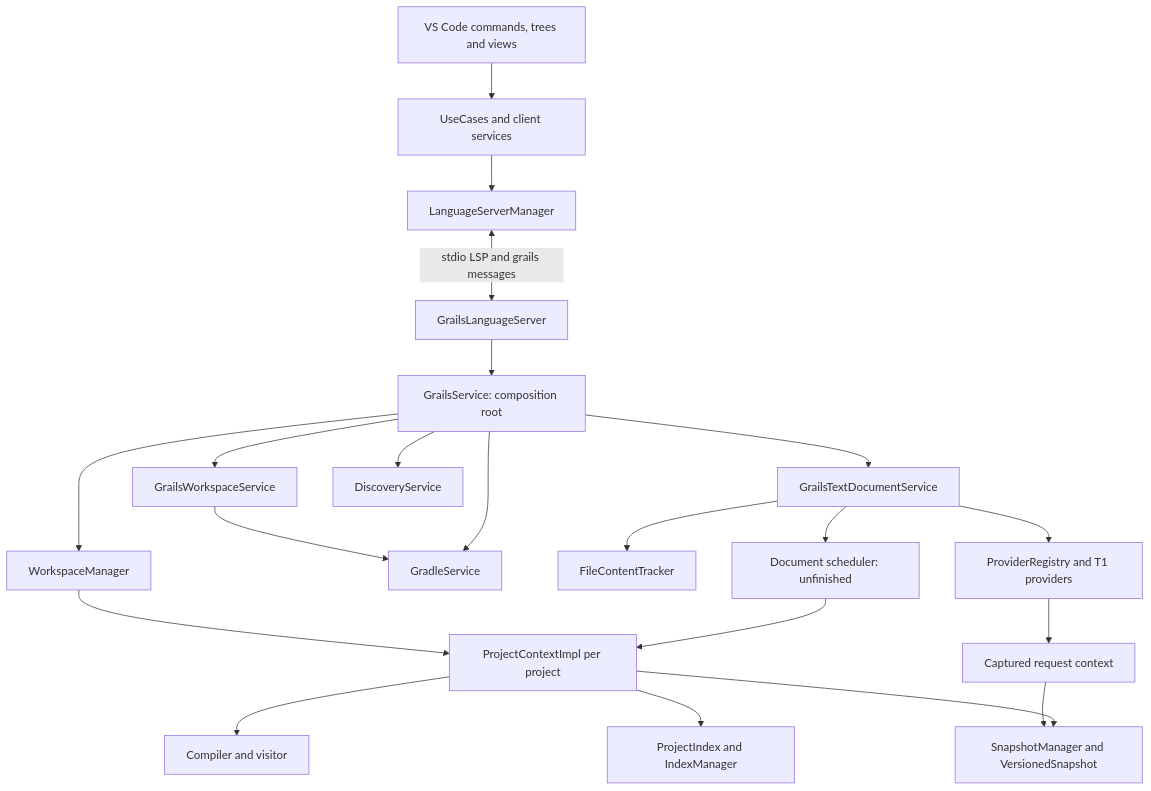
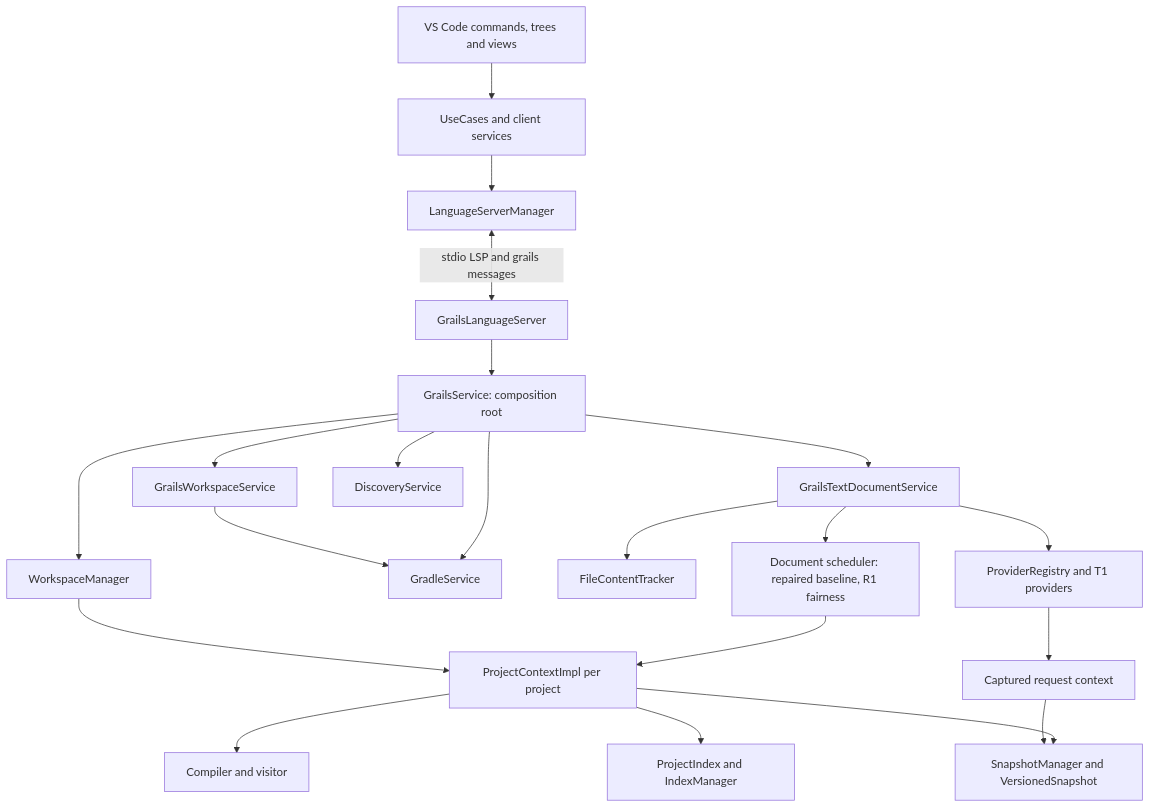
Before and after one commit to KingSK1998/vscode-grails: the diagram in docs/architecture/system-map.md, drawn with Mermaid. The commit also changed other lines of this file and 6 other files, not shown here.

Commit message:
docs(r0-05): reconcile baseline evidence, failure modes, and architecture knowledge base

````diff
--- a/docs/architecture/system-map.md
+++ b/docs/architecture/system-map.md
@@ -7,23 +7,23 @@
 ```mermaid
 flowchart TD
     UI[VS Code commands, trees and views] --> UC[UseCases and client services]
     UC --> LM[LanguageServerManager]
     LM <-->|stdio LSP and grails messages| LS[GrailsLanguageServer]
     LS --> GS[GrailsService: composition root]
     GS --> DOC[GrailsTextDocumentService]
     GS --> WS[GrailsWorkspaceService]
     GS --> WM[WorkspaceManager]
     GS --> GR[GradleService]
     GS --> DS[DiscoveryService]
     DOC --> FT[FileContentTracker]
-    DOC --> Q[Document scheduler: unfinished]
+    DOC --> Q[Document scheduler: repaired baseline, R1 fairness]
     Q --> PC[ProjectContextImpl per project]
     WM --> PC
     PC --> CV[Compiler and visitor]
     PC --> IX[ProjectIndex and IndexManager]
     PC --> SM[SnapshotManager and VersionedSnapshot]
     DOC --> PR[ProviderRegistry and T1 providers]
     PR --> RC[Captured request context]
     RC --> SM
     WS --> GR
 ```
````
